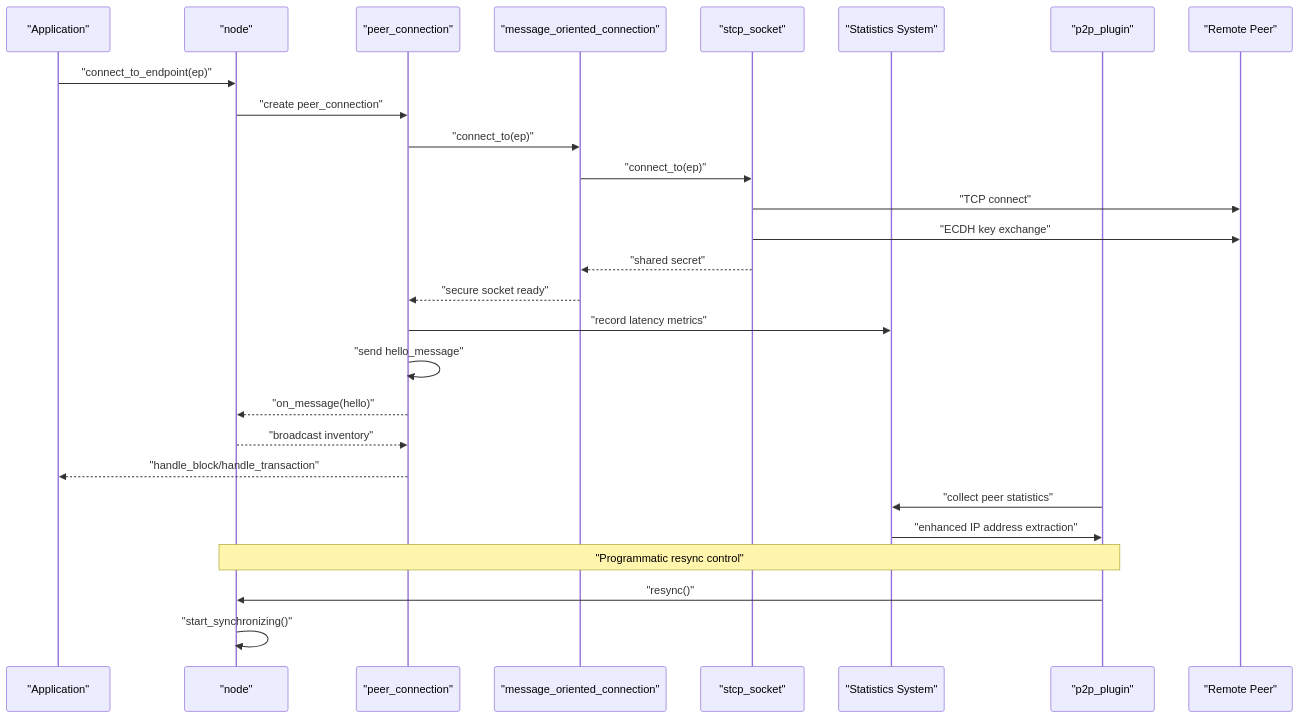
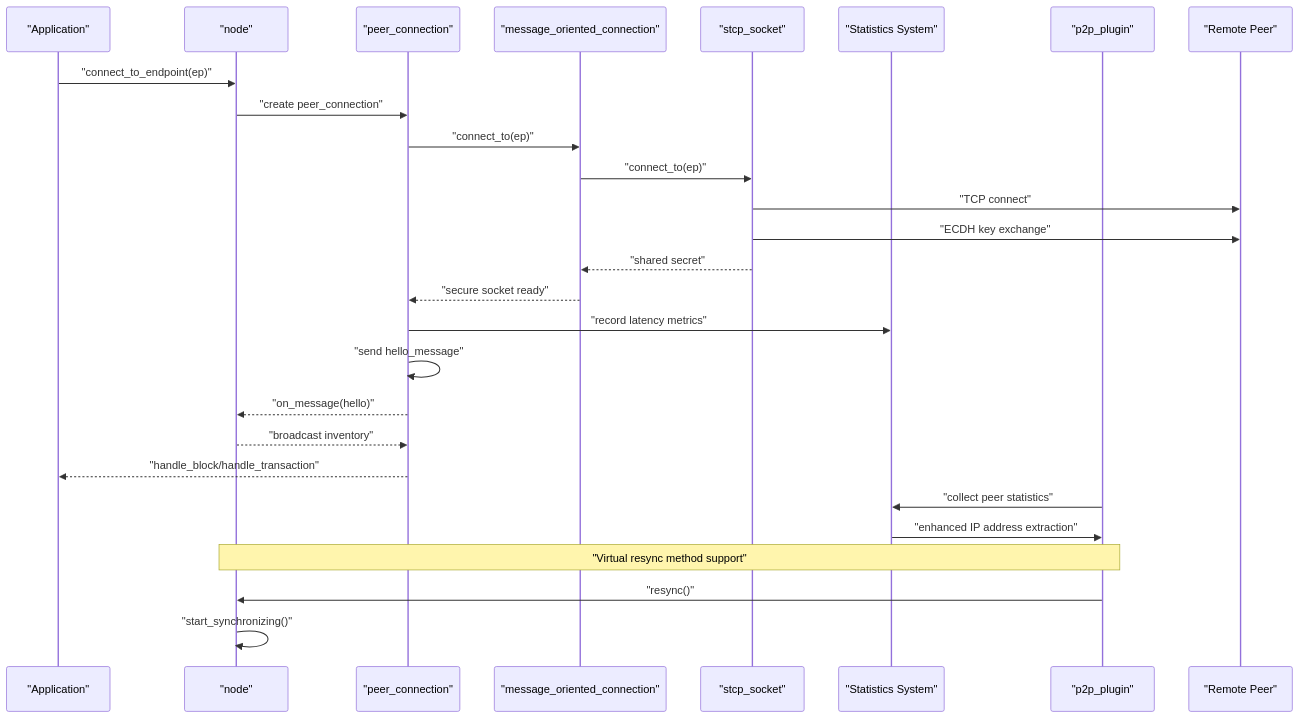
Before and after one commit to VIZ-Blockchain/viz-cpp-node: the second of 13 diagrams in .qoder/repowiki/en/content/Architecture Overview/Core Libraries/Network Library/Network Library.md, drawn with Mermaid. The commit also changed other lines of this file and 3 other files, not shown here.

First line of the commit message:
docs(network): document virtual resync() method for programmatic sync control

````diff
--- a/.qoder/repowiki/en/content/Architecture Overview/Core Libraries/Network Library/Network Library.md
+++ b/.qoder/repowiki/en/content/Architecture Overview/Core Libraries/Network Library/Network Library.md
@@ -142,29 +146,29 @@
 ```mermaid
 sequenceDiagram
 participant App as "Application"
 participant Node as "node"
 participant Peer as "peer_connection"
 participant MOC as "message_oriented_connection"
 participant STCP as "stcp_socket"
 participant Stats as "Statistics System"
 participant P2P as "p2p_plugin"
 participant Net as "Remote Peer"
 App->>Node : "connect_to_endpoint(ep)"
 Node->>Peer : "create peer_connection"
 Peer->>MOC : "connect_to(ep)"
 MOC->>STCP : "connect_to(ep)"
 STCP->>Net : "TCP connect"
 STCP->>Net : "ECDH key exchange"
 STCP-->>MOC : "shared secret"
 MOC-->>Peer : "secure socket ready"
 Peer->>Stats : "record latency metrics"
 Peer->>Peer : "send hello_message"
 Peer-->>Node : "on_message(hello)"
 Node-->>Peer : "broadcast inventory"
 Peer-->>App : "handle_block/handle_transaction"
 P2P->>Stats : "collect peer statistics"
 Stats->>P2P : "enhanced IP address extraction"
-Note over Node,P2P : "Programmatic resync control"
+Note over Node,P2P : "Virtual resync method support"
 P2P->>Node : "resync()"
 Node->>Node : "start_synchronizing()"
 ```
````
